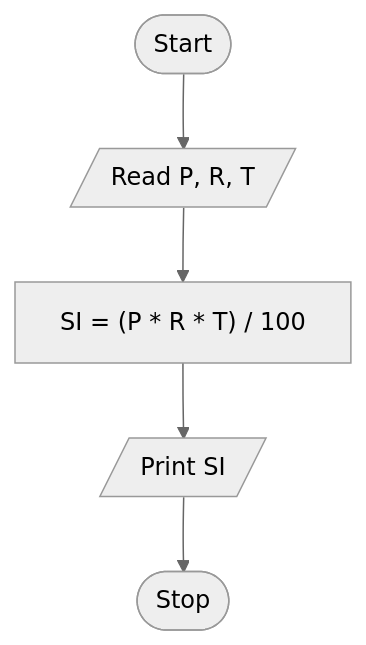
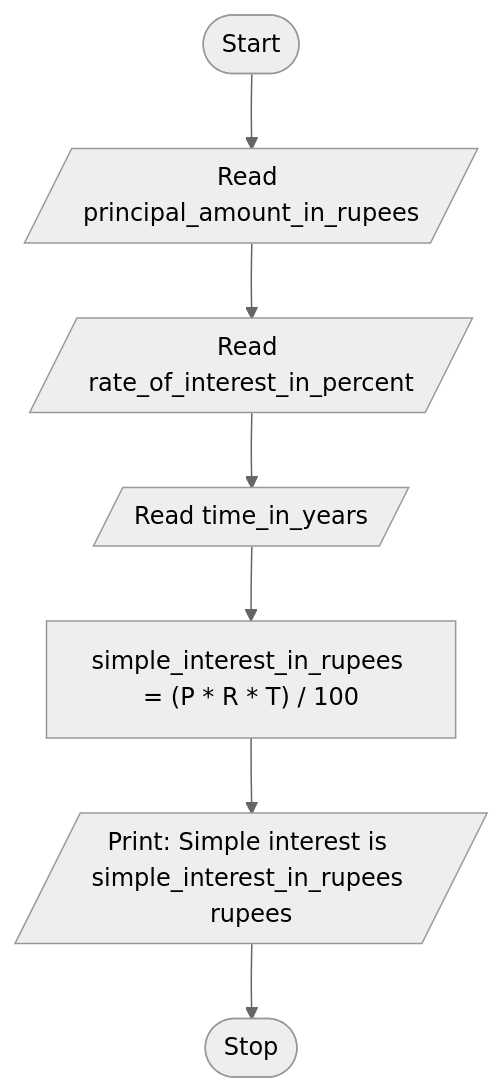
Before and after one commit to asvnphanindra/2026-27_PythonProgrammingCourse: the diagram in .faculty/observations/u1t6si.md, drawn with Mermaid (neutral theme). The commit also changed 20 other files, not shown here.

Commit message:
Expand Full-observation flowcharts with step-by-step Mermaid detail.

````diff
--- a/.faculty/observations/u1t6si.md
+++ b/.faculty/observations/u1t6si.md
@@ -44,12 +44,11 @@
 ```mermaid
 flowchart TD
-    N0(["Start"])
-    N1[/"Read P, R, T"/]
-    N2["SI = (P * R * T) / 100"]
-    N3[/"Print SI"/]
-    N4(["Stop"])
-    N0 --> N1
-    N1 --> N2
-    N2 --> N3
-    N3 --> N4
+Start(["Start"])
+R1[/"Read principal_amount_in_rupees"/]
+R2[/"Read rate_of_interest_in_percent"/]
+R3[/"Read time_in_years"/]
+P1["simple_interest_in_rupees = (P * R * T) / 100"]
+O1[/"Print: Simple interest is simple_interest_in_rupees rupees"/]
+Stop(["Stop"])
+Start --> R1 --> R2 --> R3 --> P1 --> O1 --> Stop
 ```
````
